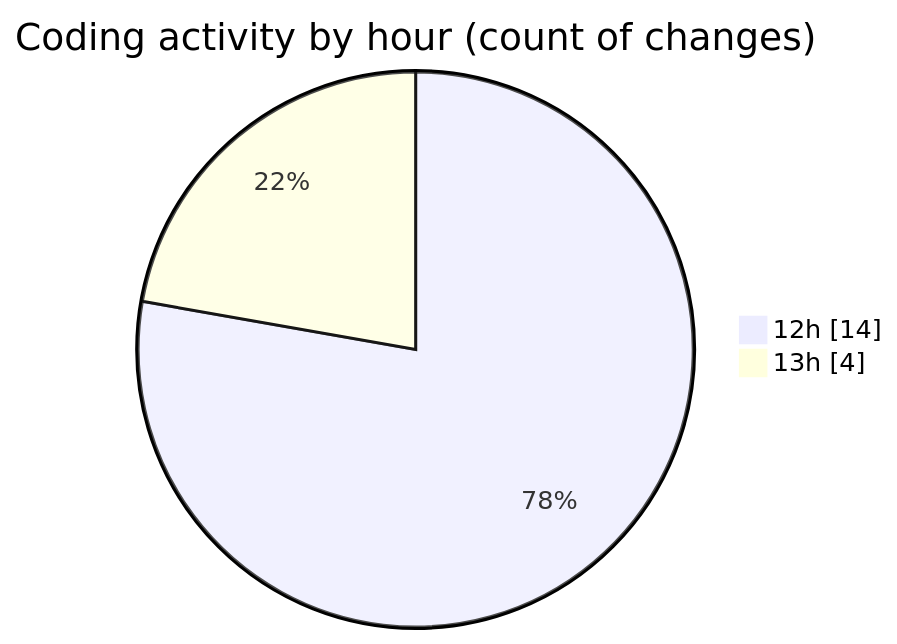
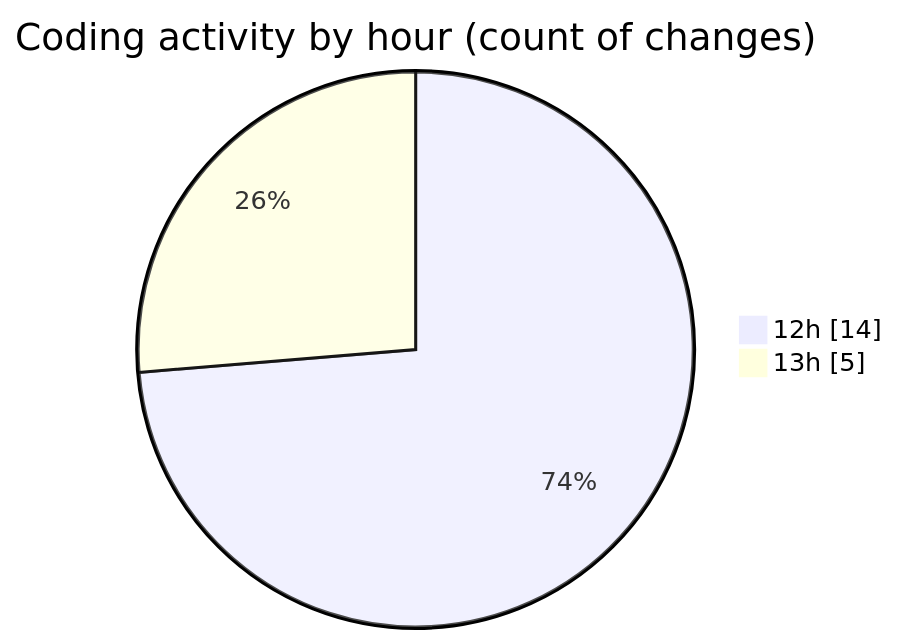
One commit to LanceThiago/code-tracking changed the second of 2 diagrams in 2025-04-11/web/README.md. Above: the diagram before and after it, drawn with Mermaid. The commit also changed other lines of this file and 1 other file, not shown here.

````diff
--- a/2025-04-11/web/README.md
+++ b/2025-04-11/web/README.md
@@ -32,6 +32,6 @@
 ```mermaid
 pie showData
 title Coding activity by hour (count of changes)
 "12h" : 14
-"13h" : 4
+"13h" : 5
 ```
````
